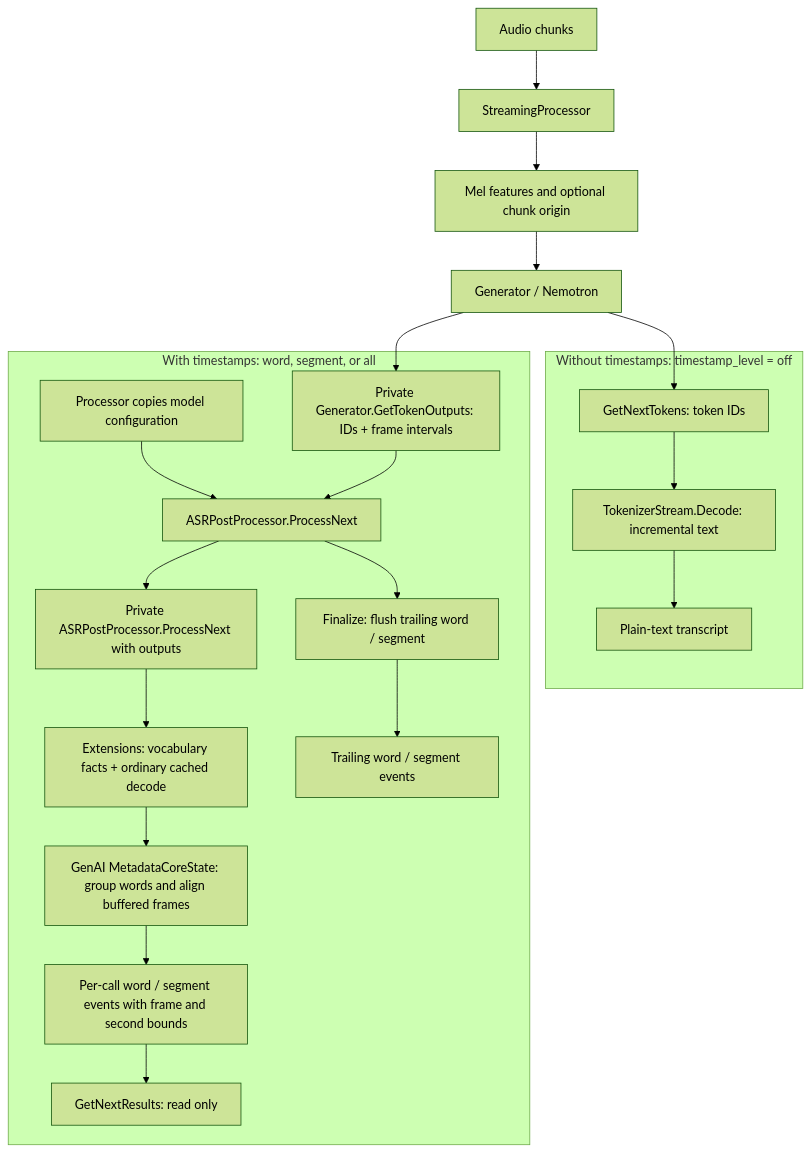
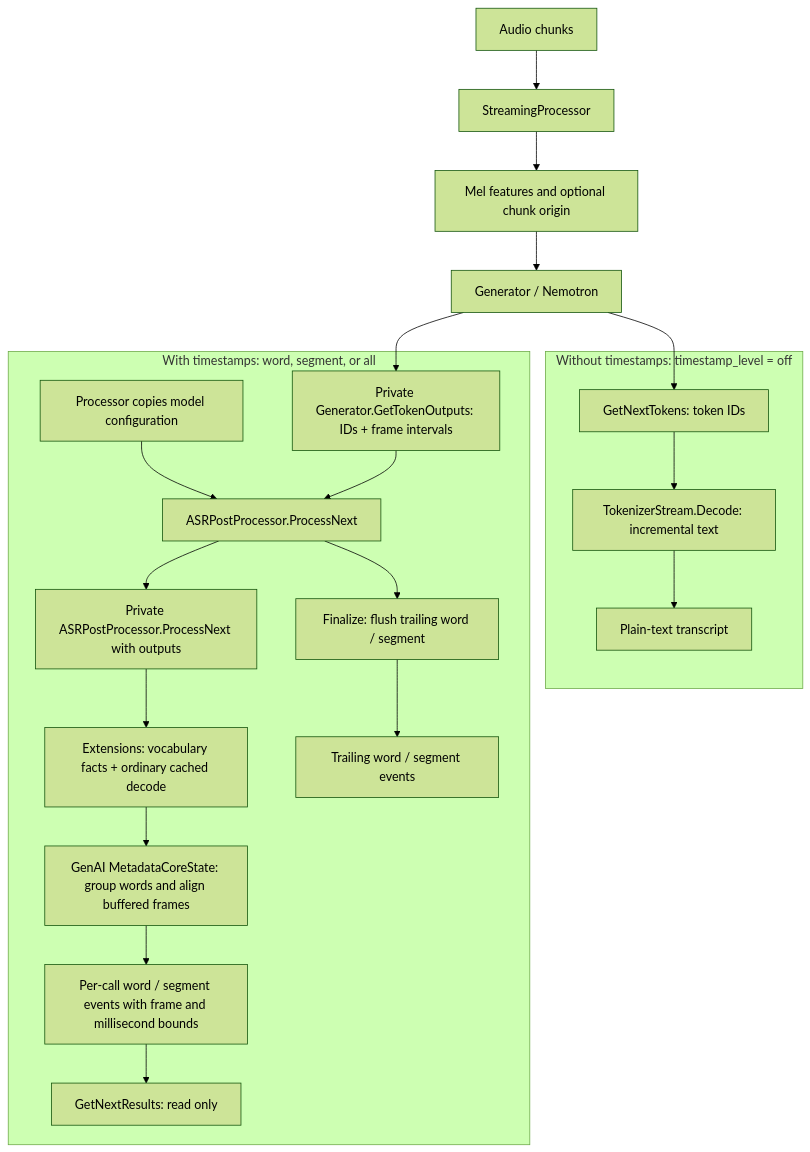
One commit to microsoft/onnxruntime-genai changed the diagram in docs/nemotron_speech_timestamps.md. Above: the diagram before and after it, drawn with Mermaid (forest theme). The commit also changed other lines of this file and 13 other files, not shown here.

````diff
--- a/docs/nemotron_speech_timestamps.md
+++ b/docs/nemotron_speech_timestamps.md
@@ -54,26 +54,26 @@
 ```mermaid
 flowchart TB
   audio[Audio chunks] --> processor[StreamingProcessor]
   processor --> features[Mel features and optional chunk origin]
   features --> generator[Generator / Nemotron]
 
   subgraph plain[Without timestamps: timestamp_level = off]
     ids[GetNextTokens: token IDs] --> decode[TokenizerStream.Decode: incremental text]
     decode --> transcript[Plain-text transcript]
   end
 
   subgraph timed[With timestamps: word, segment, or all]
     setup[Processor copies model configuration] --> stream
     timed_tokens[Private Generator.GetTokenOutputs: IDs + frame intervals] --> stream[ASRPostProcessor.ProcessNext]
     stream --> internal[Private ASRPostProcessor.ProcessNext with outputs]
     internal --> ortx[Extensions: vocabulary facts + ordinary cached decode]
     ortx --> align[GenAI MetadataCoreState: group words and align buffered frames]
-    align --> events[Per-call word / segment events with frame and second bounds]
+    align --> events[Per-call word / segment events with frame and millisecond bounds]
     events --> read[GetNextResults: read only]
     stream --> final[Finalize: flush trailing word / segment]
     final --> trailing[Trailing word / segment events]
   end
 
   generator --> ids
   generator --> timed_tokens
 ```
````
